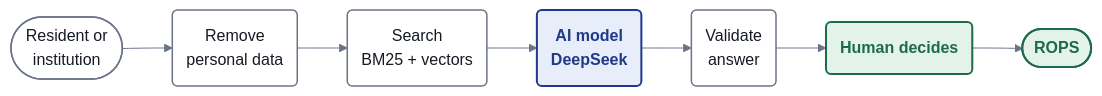
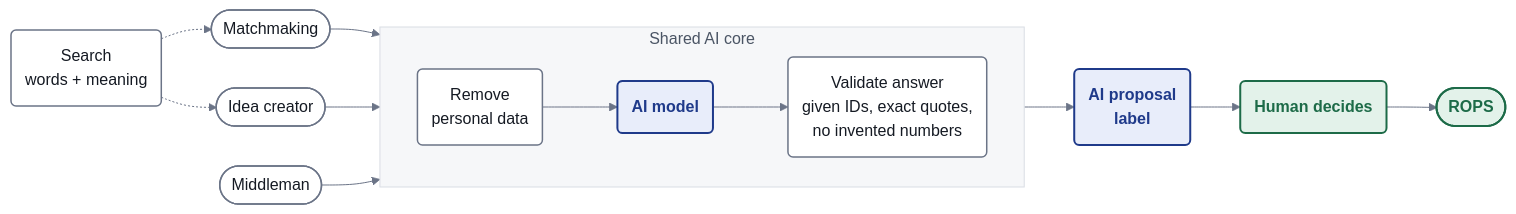
Before and after one commit to DEFALT314/feniks: the diagram in pitch/diagramy/ai-1-overview.mmd, drawn with Mermaid. The commit also changed 9 other files, not shown here.

Commit message:
AI diagrams: overview shows the shared core, no provider name, honest labels

```diff
--- a/pitch/diagramy/ai-1-overview.mmd
+++ b/pitch/diagramy/ai-1-overview.mmd
@@ -1,11 +1,19 @@
 %%{init: {"theme":"base","themeVariables":{"background":"#FFFFFF","primaryColor":"#FFFFFF","primaryBorderColor":"#1F3A8A","primaryTextColor":"#151A23","lineColor":"#6B7487","fontFamily":"Inter, Arial, Liberation Sans, Noto Sans, sans-serif","fontSize":"16px"},"flowchart":{"curve":"basis","nodeSpacing":40,"rankSpacing":50,"padding":14,"wrappingWidth":260}}}%%
 flowchart LR
-    U(["Resident or<br/>institution"]):::data --> P("Remove<br/>personal data"):::data
-    P --> S("Search<br/>BM25 + vectors"):::data
-    S --> M("AI model<br/>DeepSeek"):::ai
-    M --> V("Validate<br/>answer"):::data
-    V --> H("Human decides"):::human
+    M(["Matchmaking"]):::data --> P
+    C(["Idea creator"]):::data --> P
+    W(["Middleman"]):::data --> P
+    S("Search<br/>words + meaning"):::data -.-> M
+    S -.-> C
+    subgraph core["Shared AI core"]
+        direction LR
+        P("Remove<br/>personal data"):::data --> A("AI model"):::ai
+        A --> V("Validate answer<br/>given IDs, exact quotes,<br/>no invented numbers"):::data
+    end
+    V --> L("AI proposal<br/>label"):::ai
+    L --> H("Human decides"):::human
     H --> R(["ROPS"]):::human
+    style core fill:#F6F7F9,stroke:#D9DDE4,color:#4B5565
     classDef ai fill:#E8EDFA,stroke:#1F3A8A,stroke-width:2px,color:#1F3A8A,font-weight:bold
     classDef data fill:#FFFFFF,stroke:#6B7487,stroke-width:1.5px,color:#151A23
     classDef human fill:#E3F2EA,stroke:#1D6B48,stroke-width:2px,color:#1D6B48,font-weight:bold
```
